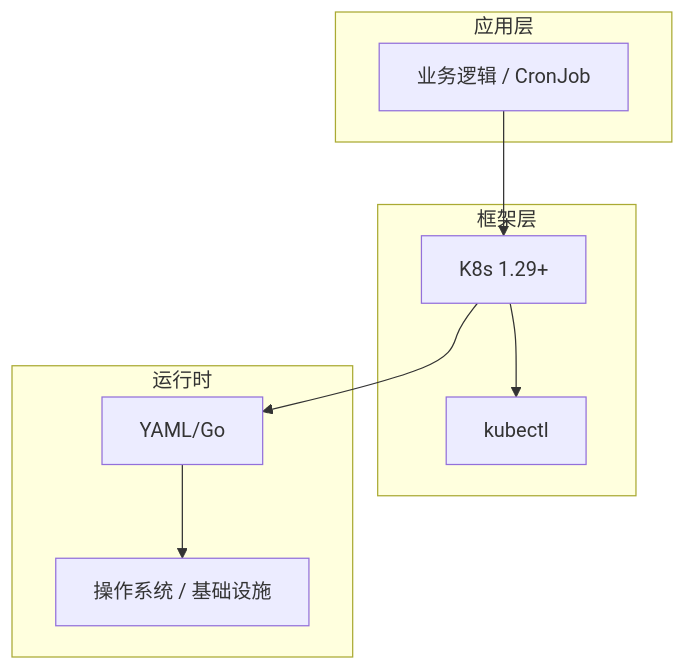
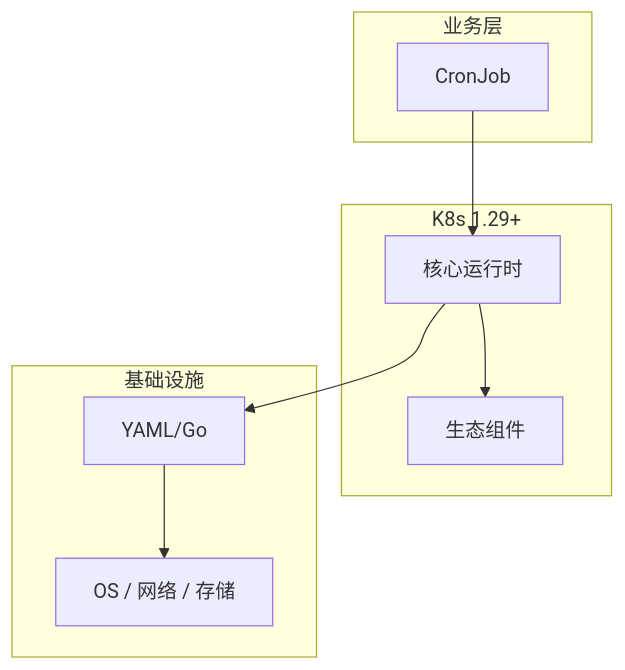
One commit to yanggan2015/knowledge-json-v2 changed the diagram in articles/Kubernetes/chapters/105-CronJob核心概念与原理.md. Above: the diagram before and after it, drawn with Mermaid. The commit also changed other lines of this file and 10127 other files, not shown here.

````diff
--- a/articles/Kubernetes/chapters/105-CronJob核心概念与原理.md
+++ b/articles/Kubernetes/chapters/105-CronJob核心概念与原理.md
@@ -45,18 +34,18 @@
 ```mermaid
 graph TB
-    subgraph 应用层
-        A[业务逻辑 / CronJob]
+    subgraph 业务层
+        A[CronJob]
     end
-    subgraph 框架层
-        B[K8s 1.29+]
-        C[kubectl]
+    subgraph K8s 1.29+
+        B[核心运行时]
+        C[生态组件]
     end
-    subgraph 运行时
+    subgraph 基础设施
         D[YAML/Go]
-        E[操作系统 / 基础设施]
+        E[OS / 网络 / 存储]
     end
     A --> B
     B --> C
     B --> D
     D --> E
 ```
````
